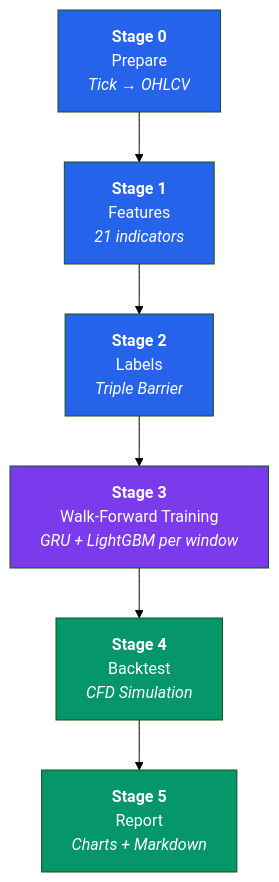
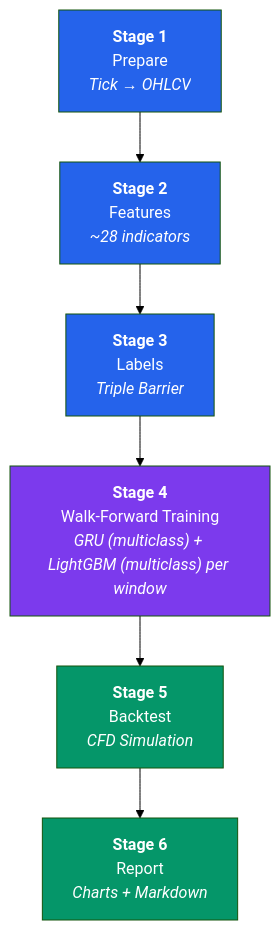
The second of 8 diagrams in docs/ARCHITECTURE.md (ultimateBroK/thesis-hybrid-stacking), drawn with Mermaid (forest theme) before and after one commit. The commit also changed other lines of this file and 39 other files, not shown here.

First line of the commit message:
feat: update data range to 2018-2024 and enhance model architecture

````diff
--- a/docs/ARCHITECTURE.md
+++ b/docs/ARCHITECTURE.md
@@ -48,18 +54,18 @@
 ```mermaid
 flowchart TD
-    S0["<b>Stage 0</b><br/>Prepare<br/><i>Tick → OHLCV</i>"]
-    S1["<b>Stage 1</b><br/>Features<br/><i>21 indicators</i>"]
-    S2["<b>Stage 2</b><br/>Labels<br/><i>Triple Barrier</i>"]
-    S3["<b>Stage 3</b><br/>Walk-Forward Training<br/><i>GRU + LightGBM per window</i>"]
-    S4["<b>Stage 4</b><br/>Backtest<br/><i>CFD Simulation</i>"]
-    S5["<b>Stage 5</b><br/>Report<br/><i>Charts + Markdown</i>"]
+    S1["<b>Stage 1</b><br/>Prepare<br/><i>Tick → OHLCV</i>"]
+    S2["<b>Stage 2</b><br/>Features<br/><i>~28 indicators</i>"]
+    S3["<b>Stage 3</b><br/>Labels<br/><i>Triple Barrier</i>"]
+    S4["<b>Stage 4</b><br/>Walk-Forward Training<br/><i>GRU (multiclass) + LightGBM (multiclass) per window</i>"]
+    S5["<b>Stage 5</b><br/>Backtest<br/><i>CFD Simulation</i>"]
+    S6["<b>Stage 6</b><br/>Report<br/><i>Charts + Markdown</i>"]
 
-    S0 --> S1 --> S2 --> S3 --> S4 --> S5
+    S1 --> S2 --> S3 --> S4 --> S5 --> S6
 
-    style S0 fill:#2563EB,color:#fff
     style S1 fill:#2563EB,color:#fff
     style S2 fill:#2563EB,color:#fff
-    style S3 fill:#7C3AED,color:#fff
-    style S4 fill:#059669,color:#fff
+    style S3 fill:#2563EB,color:#fff
+    style S4 fill:#7C3AED,color:#fff
     style S5 fill:#059669,color:#fff
+    style S6 fill:#059669,color:#fff
 ```
````
